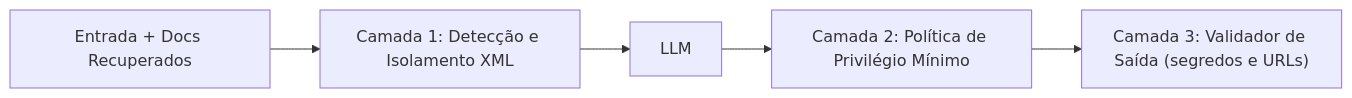
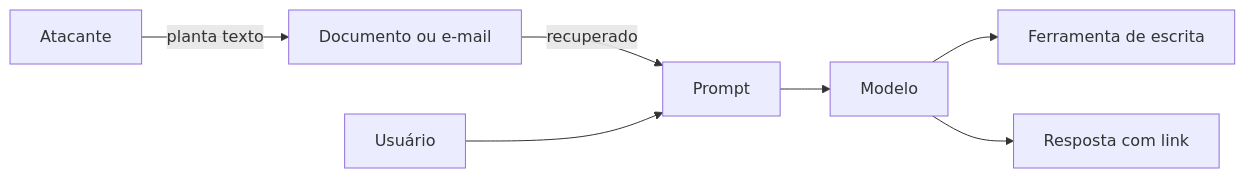
One commit to Lip3Bazinga/v0-level-usp-project changed the diagram in content/cursos/n7-engenharia-de-ia/06-avaliacao-seguranca-e-etica/02-prompt-injection-e-defesas.lvl.md. Above: the diagram before and after it, drawn with Mermaid. The commit also changed other lines of this file and 3 other files, not shown here.

````diff
--- a/content/cursos/n7-engenharia-de-ia/06-avaliacao-seguranca-e-etica/02-prompt-injection-e-defesas.lvl.md
+++ b/content/cursos/n7-engenharia-de-ia/06-avaliacao-seguranca-e-etica/02-prompt-injection-e-defesas.lvl.md
@@ -27,7 +36,9 @@
 ```mermaid
 flowchart LR
-    E["Entrada + Docs Recuperados"] --> C1["Camada 1: Detecção e Isolamento XML"]
-    C1 --> LLM["LLM"]
-    LLM --> C2["Camada 2: Política de Privilégio Mínimo"]
-    C2 --> C3["Camada 3: Validador de Saída (segredos e URLs)"]
+    A["Atacante"] -->|"planta texto"| D["Documento ou e-mail"]
+    D -->|"recuperado"| P["Prompt"]
+    U["Usuário"] --> P
+    P --> M["Modelo"]
+    M --> F["Ferramenta de escrita"]
+    M --> R["Resposta com link"]
 ```
````
